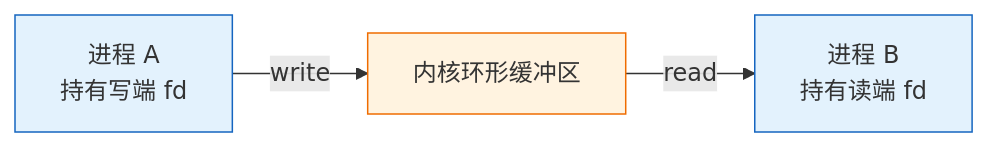
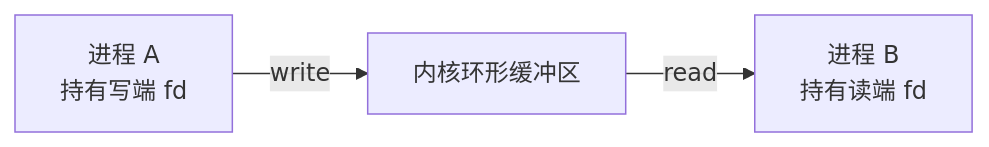
The third of 4 diagrams in os-lab/labs/lab5-fs-and-sync.md (AM-SuSh/EVOLVE), drawn with Mermaid before and after one commit. The commit also changed other lines of this file and 1 other file, not shown here.

````diff
--- a/os-lab/labs/lab5-fs-and-sync.md
+++ b/os-lab/labs/lab5-fs-and-sync.md
@@ -117,10 +160,5 @@
 ```mermaid
-graph LR
+flowchart LR
     A["进程 A<br/>持有写端 fd"] -->|"write"| B["内核环形缓冲区"]
     B -->|"read"| C["进程 B<br/>持有读端 fd"]
-
-    classDef proc fill:#e3f2fd,stroke:#1565c0;
-    classDef buf fill:#fff3e0,stroke:#ef6c00;
-    class A,C proc;
-    class B buf;
 ```
````
